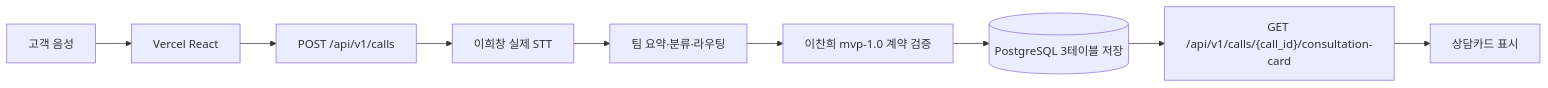
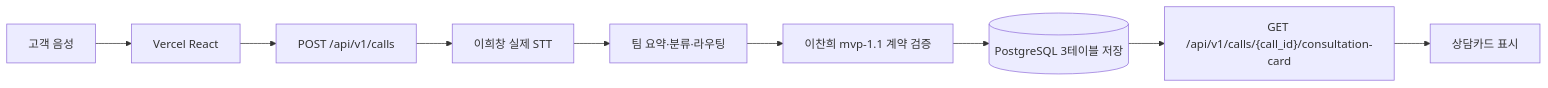
One commit to bluealmond33-debug/kda4-k7-product changed the second of 2 diagrams in docs/2026-07-16-mvp-integration-status.md. Above: the diagram before and after it, drawn with Mermaid. The commit also changed other lines of this file and 11 other files, not shown here.

````diff
--- a/docs/2026-07-16-mvp-integration-status.md
+++ b/docs/2026-07-16-mvp-integration-status.md
@@ -32,11 +32,11 @@
 ```mermaid
 flowchart LR
     A["고객 음성"] --> B["Vercel React"]
     B --> C["POST /api/v1/calls"]
     C --> D["이희창 실제 STT"]
     D --> E["팀 요약·분류·라우팅"]
-    E --> F["이찬희 mvp-1.0 계약 검증"]
+    E --> F["이찬희 mvp-1.1 계약 검증"]
     F --> G[("PostgreSQL 3테이블 저장")]
     G --> H["GET /api/v1/calls/{call_id}/consultation-card"]
     H --> I["상담카드 표시"]
 ```
````
